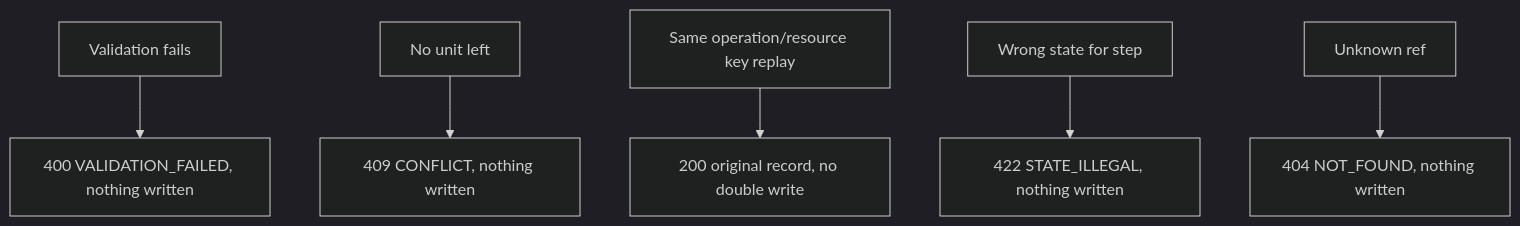
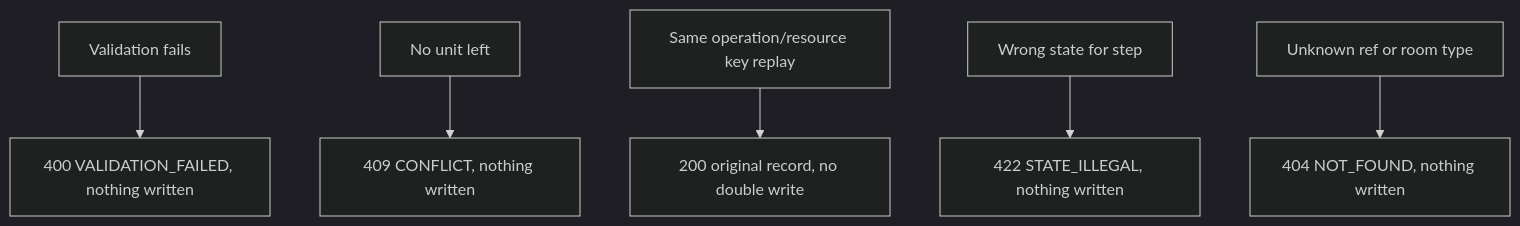
One commit to MingChen1501/hotel-mgmt changed the second of 2 diagrams in docs/architecture/services/reservations.md. Above: the diagram before and after it, drawn with Mermaid (dark theme). The commit also changed other lines of this file and 39 other files, not shown here.

````diff
--- a/docs/architecture/services/reservations.md
+++ b/docs/architecture/services/reservations.md
@@ -51,8 +55,8 @@
 ```mermaid
 flowchart TD
     V[Validation fails] --> R400[400 VALIDATION_FAILED, nothing written]
     O[No unit left] --> R409[409 CONFLICT, nothing written]
     K[Same operation/resource key replay] --> R200[200 original record, no double write]
     S[Wrong state for step] --> R422[422 STATE_ILLEGAL, nothing written]
-    N[Unknown ref] --> R404[404 NOT_FOUND, nothing written]
+    N[Unknown ref or room type] --> R404[404 NOT_FOUND, nothing written]
 ```
````
